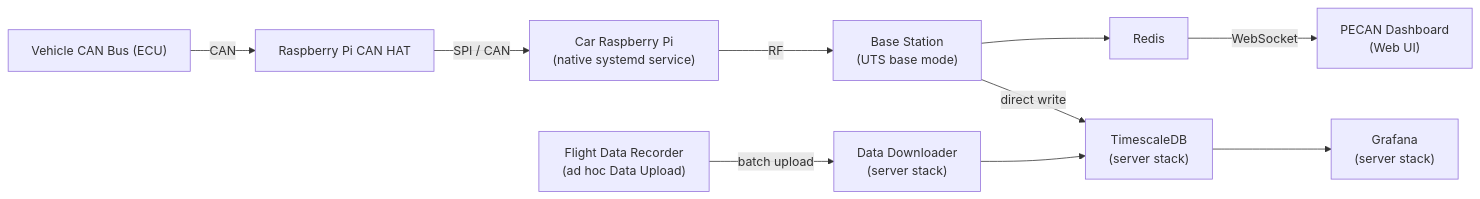
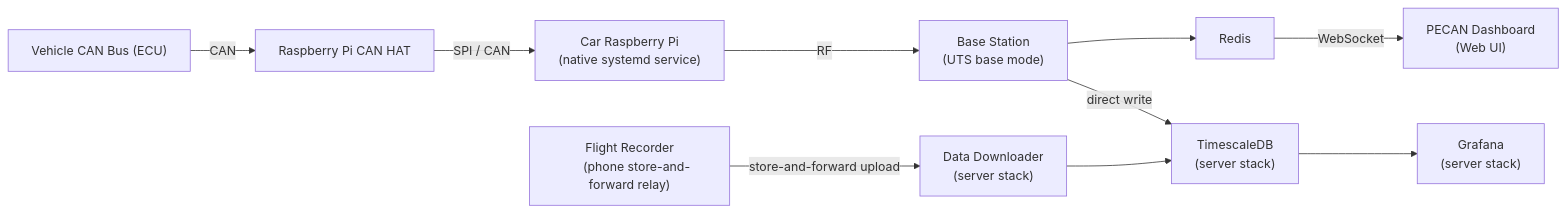
Before and after one commit to Western-Formula-Racing/data-acquisition: the diagram in README.md, drawn with Mermaid. The commit also changed other lines of this file and 2 other files, not shown here.

````diff
--- a/README.md
+++ b/README.md
@@ -22,30 +22,30 @@
 ```mermaid
 flowchart LR
     ECU["Vehicle CAN Bus (ECU)"]
     HAT["Raspberry Pi CAN HAT"]
     EDGE["Car Raspberry Pi
     (native systemd service)"]
     BASE["Base Station
     (UTS base mode)"]
     REDIS["Redis"]
     DASH["PECAN Dashboard
     (Web UI)"]
     TIMESERIES["TimescaleDB
     (server stack)"]
     GRAFANA["Grafana
     (server stack)"]
-    FLIGHTREC["Flight Data Recorder
-    (ad hoc Data Upload)"]
+    FLIGHTREC["Flight Recorder
+    (phone store-and-forward relay)"]
     DOWNLOADER["Data Downloader
     (server stack)"]
 
     ECU -->|CAN| HAT
     HAT -->|SPI / CAN| EDGE
     EDGE -->|RF| BASE
     BASE --> REDIS
     REDIS -->|WebSocket| DASH
     BASE -->|direct write| TIMESERIES
     TIMESERIES --> GRAFANA
-    FLIGHTREC -->|batch upload| DOWNLOADER
+    FLIGHTREC -->|store-and-forward upload| DOWNLOADER
     DOWNLOADER --> TIMESERIES
 ```
````
